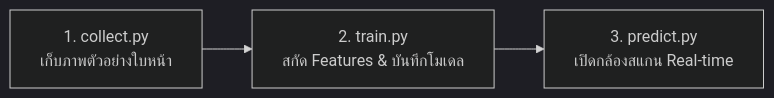
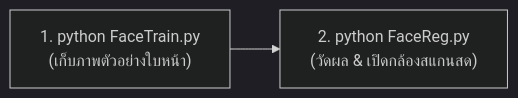
One commit to Forge-Solutions-Lab/face_recognition_project changed the diagram in README.md. Above: the diagram before and after it, drawn with Mermaid (dark theme). The commit also changed other lines of this file and 1065 other files, not shown here.

Commit message:
refactor: simplify project into FaceTrain.py and FaceReg.py with updated README

````diff
--- a/README.md
+++ b/README.md
@@ -54,5 +42,4 @@
 ```mermaid
 graph LR
-    A[1. collect.py<br/>เก็บภาพตัวอย่างใบหน้า] --> B[2. train.py<br/>สกัด Features & บันทึกโมเดล]
-    B --> C[3. predict.py<br/>เปิดกล้องสแกน Real-time]
+    A["1. python FaceTrain.py<br/>(เก็บภาพตัวอย่างใบหน้า)"] --> B["2. python FaceReg.py<br/>(วัดผล & เปิดกล้องสแกนสด)"]
 ```
````
